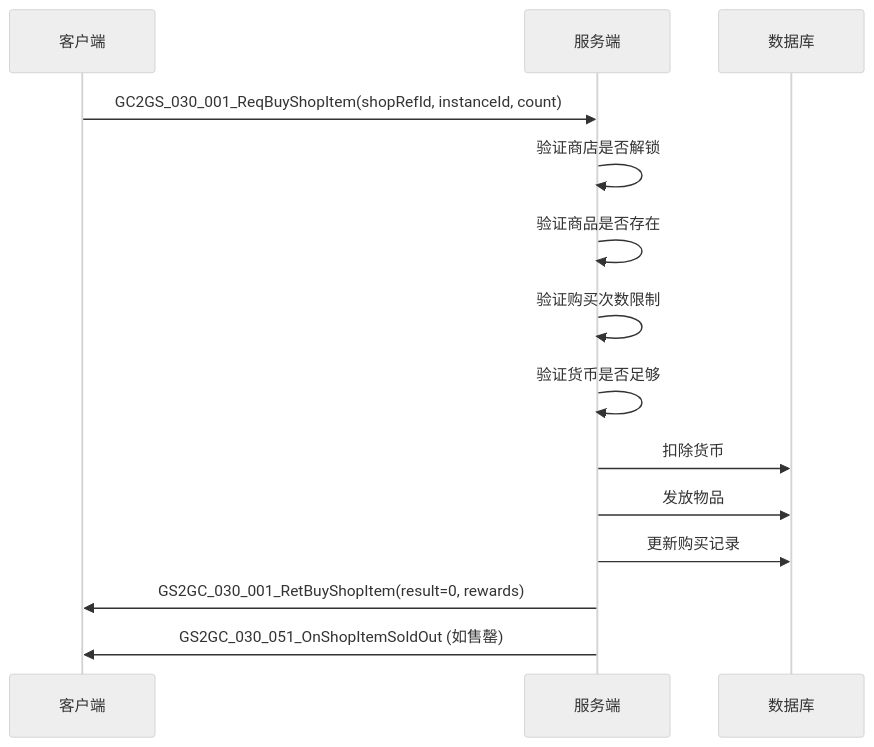
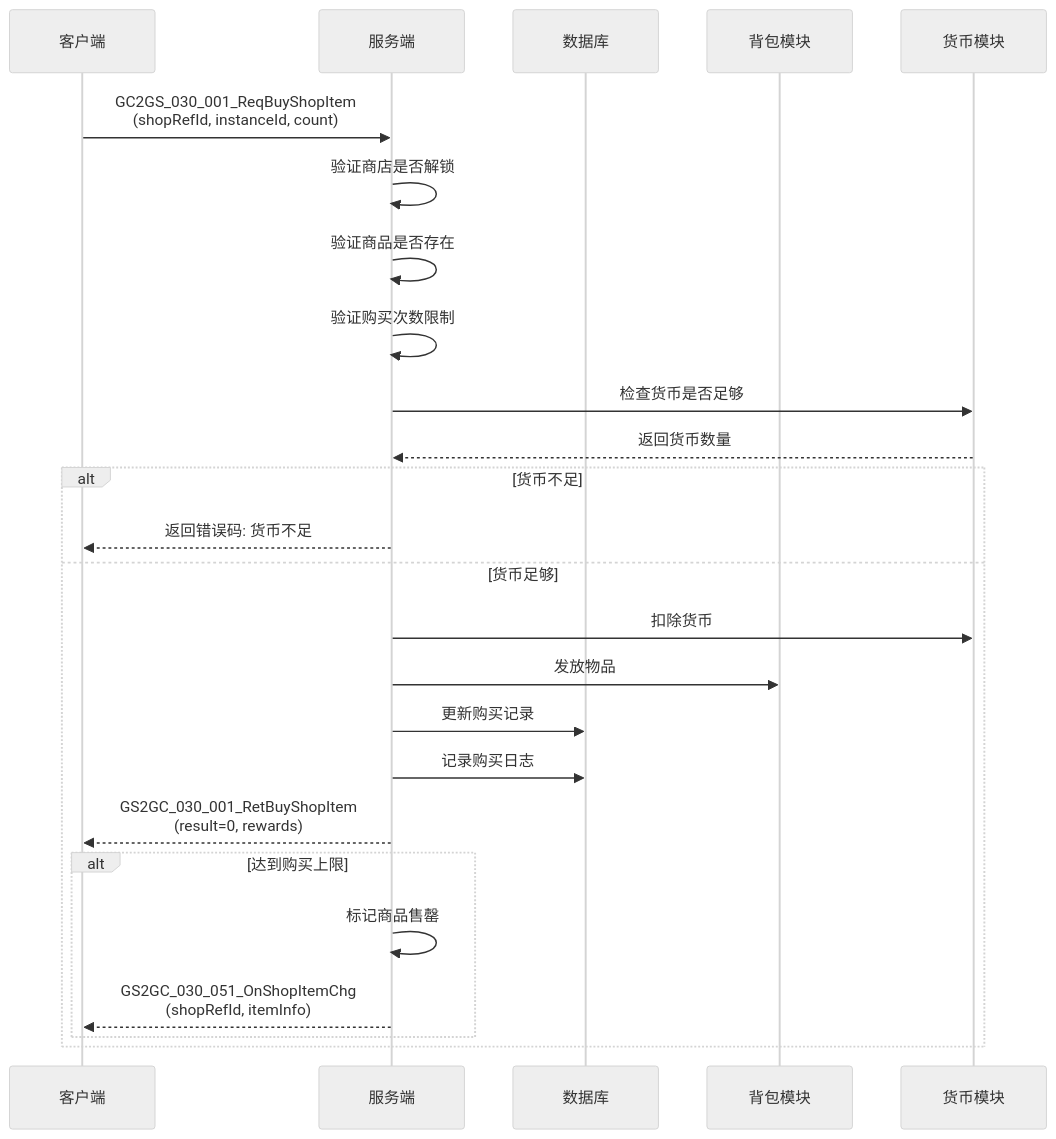
One commit to Alan-Ben/k2c_game_framework changed the third of 11 diagrams in docs/Module_Shop/02_协议文档.md. Above: the diagram before and after it, drawn with Mermaid (neutral theme). The commit also changed other lines of this file and 32 other files, not shown here.

````diff
--- a/docs/Module_Shop/02_协议文档.md
+++ b/docs/Module_Shop/02_协议文档.md
@@ -478,17 +349,33 @@
 ```mermaid
 sequenceDiagram
     participant C as 客户端
     participant S as 服务端
     participant DB as 数据库
+    participant Bag as 背包模块
+    participant Currency as 货币模块
 
-    C->>S: GC2GS_030_001_ReqBuyShopItem(shopRefId, instanceId, count)
+    C->>S: GC2GS_030_001_ReqBuyShopItem<br/>(shopRefId, instanceId, count)
+
     S->>S: 验证商店是否解锁
     S->>S: 验证商品是否存在
     S->>S: 验证购买次数限制
-    S->>S: 验证货币是否足够
-    S->>DB: 扣除货币
-    S->>DB: 发放物品
-    S->>DB: 更新购买记录
-    S->>C: GS2GC_030_001_RetBuyShopItem(result=0, rewards)
-    S->>C: GS2GC_030_051_OnShopItemSoldOut (如售罄)
+
+    S->>Currency: 检查货币是否足够
+    Currency-->>S: 返回货币数量
+
+    alt 货币不足
+        S-->>C: 返回错误码: 货币不足
+    else 货币足够
+        S->>Currency: 扣除货币
+        S->>Bag: 发放物品
+        S->>DB: 更新购买记录
+        S->>DB: 记录购买日志
+
+        S-->>C: GS2GC_030_001_RetBuyShopItem<br/>(result=0, rewards)
+
+        alt 达到购买上限
+            S->>S: 标记商品售罄
+            S-->>C: GS2GC_030_051_OnShopItemChg<br/>(shopRefId, itemInfo)
+        end
+    end
 ```
````
